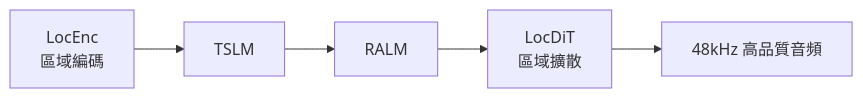
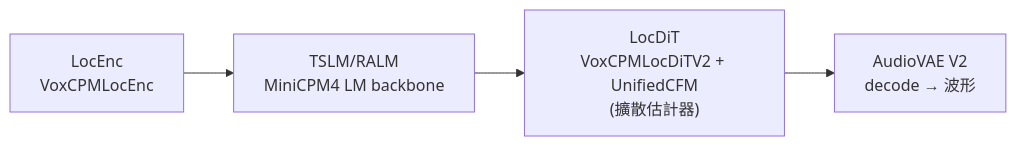
The diagram in technology/voxcpm-tts/voxcpm-report.md (shooter2062424/Knowledge), drawn with Mermaid before and after one commit. The commit also changed other lines of this file and 1 other file, not shown here.

First line of the commit message:
retrofit:VoxCPM 與 RTK 補讀碼細節與應用案例

````diff
--- a/technology/voxcpm-tts/voxcpm-report.md
+++ b/technology/voxcpm-tts/voxcpm-report.md
@@ -19,4 +20,4 @@
 ```mermaid
 flowchart LR
-    A["LocEnc<br/>區域編碼"] --> B["TSLM"] --> C["RALM"] --> D["LocDiT<br/>區域擴散"] --> E["48kHz 高品質音頻"]
+    A["LocEnc<br/>VoxCPMLocEnc"] --> B["TSLM/RALM<br/>MiniCPM4 LM backbone"] --> C["LocDiT<br/>VoxCPMLocDiTV2 + UnifiedCFM<br/>(擴散估計器)"] --> D["AudioVAE V2<br/>decode → 波形"]
 ```
````
